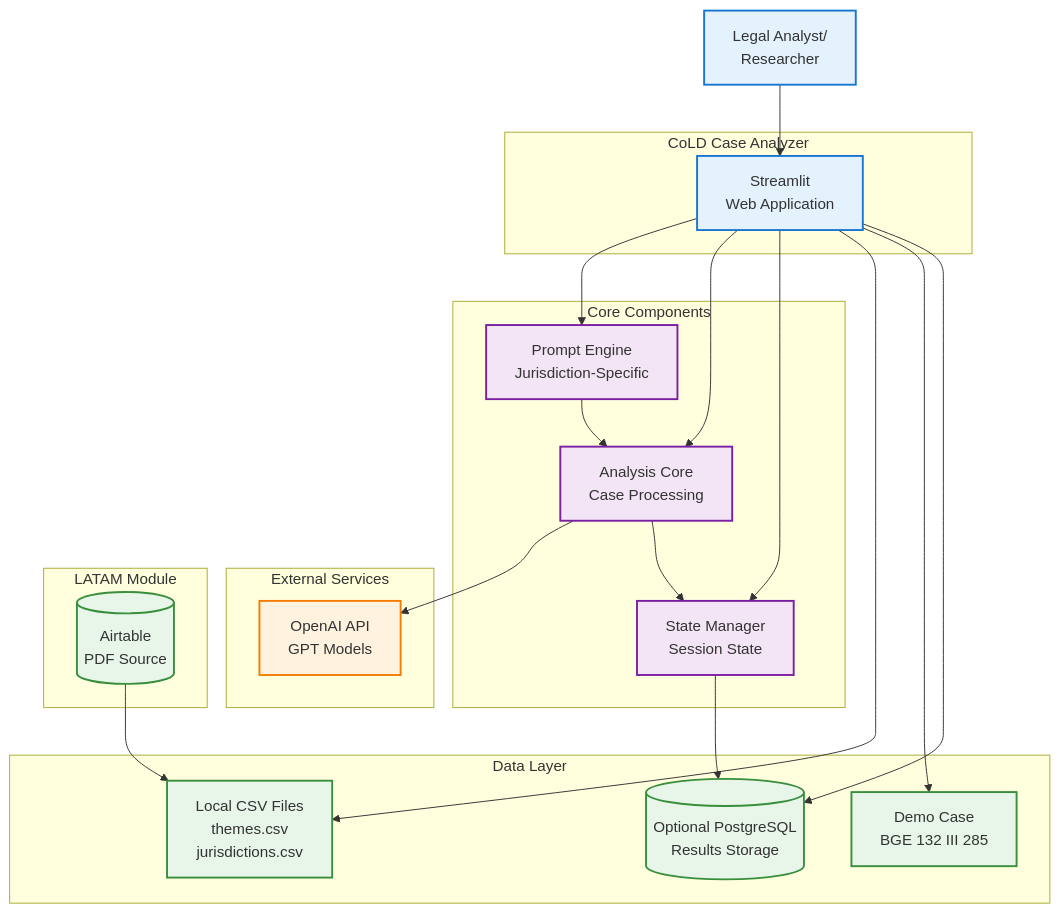
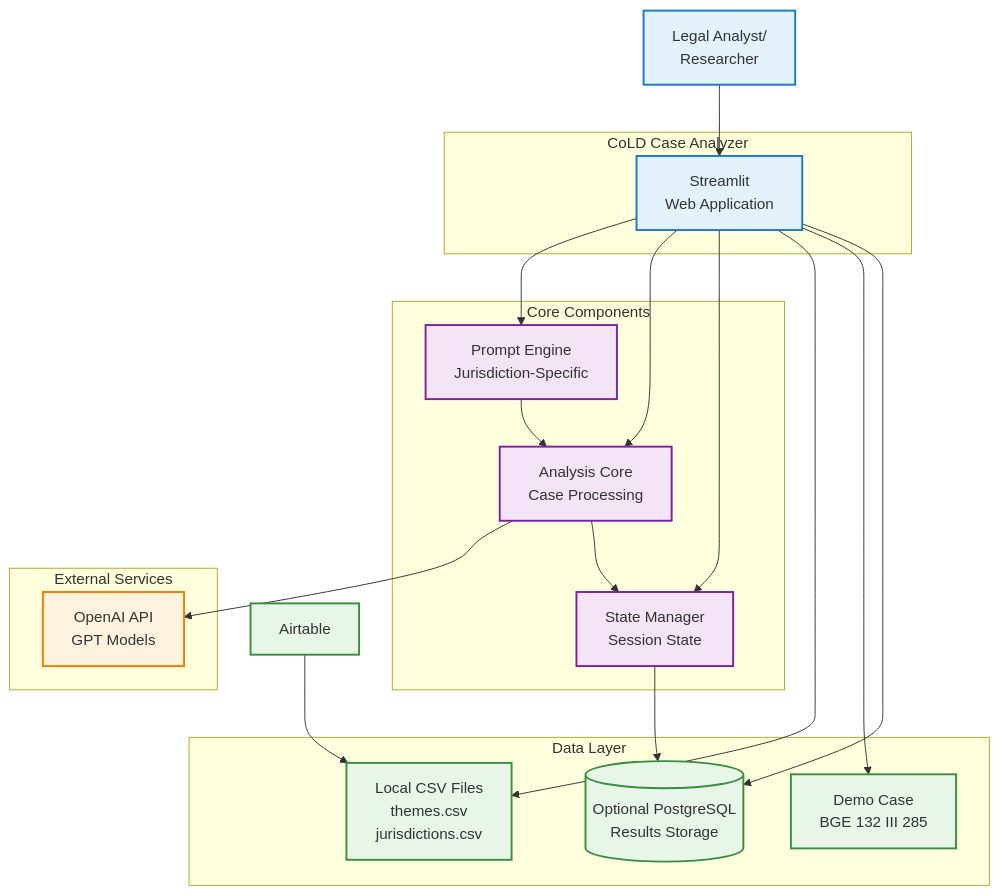
Before and after one commit to Choice-of-Law-Dataverse/cold-case-analysis: the first of 8 diagrams in docs/WORKFLOWS.md, drawn with Mermaid. The commit also changed other lines of this file and 9 other files, not shown here.

````diff
--- a/docs/WORKFLOWS.md
+++ b/docs/WORKFLOWS.md
@@ -7,58 +7,54 @@
 ```mermaid
 graph TB
     User[Legal Analyst/<br/>Researcher]
-    
+
     subgraph "CoLD Case Analyzer"
         WebUI[Streamlit<br/>Web Application]
     end
-    
+
     subgraph "Core Components"
         PromptEngine[Prompt Engine<br/>Jurisdiction-Specific]
         AnalysisCore[Analysis Core<br/>Case Processing]
         StateManager[State Manager<br/>Session State]
     end
-    
+
     subgraph "Data Layer"
         LocalData[Local CSV Files<br/>themes.csv<br/>jurisdictions.csv]
         DemoCase[Demo Case<br/>BGE 132 III 285]
         ResultsDB[(Optional PostgreSQL<br/>Results Storage)]
     end
-    
+
     subgraph "External Services"
         OpenAI[OpenAI API<br/>GPT Models]
     end
-    
-    subgraph "LATAM Module"
-        Airtable[(Airtable<br/>PDF Source)]
-    end
-    
+
     %% User Interface Connections
     User --> WebUI
     WebUI --> PromptEngine
     WebUI --> AnalysisCore
     WebUI --> StateManager
-    
+
     %% Core Connections
     PromptEngine --> AnalysisCore
     AnalysisCore --> OpenAI
-    
+
     %% Data Connections
     WebUI --> LocalData
     WebUI --> DemoCase
     WebUI --> ResultsDB
     Airtable --> LocalData
-    
+
     %% Results Flow
     AnalysisCore --> StateManager
     StateManager --> ResultsDB
 
     classDef ui fill:#e3f2fd,stroke:#1976d2,stroke-width:2px
     classDef core fill:#f3e5f5,stroke:#7b1fa2,stroke-width:2px
     classDef data fill:#e8f5e9,stroke:#388e3c,stroke-width:2px
     classDef external fill:#fff3e0,stroke:#f57c00,stroke-width:2px
 
     class User,WebUI ui
     class PromptEngine,AnalysisCore,StateManager core
     class LocalData,DemoCase,ResultsDB,Airtable data
     class OpenAI external
 ```
````
